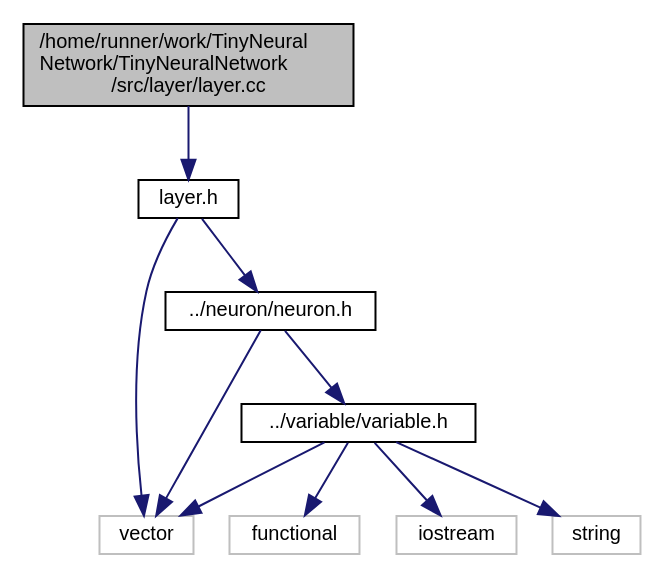
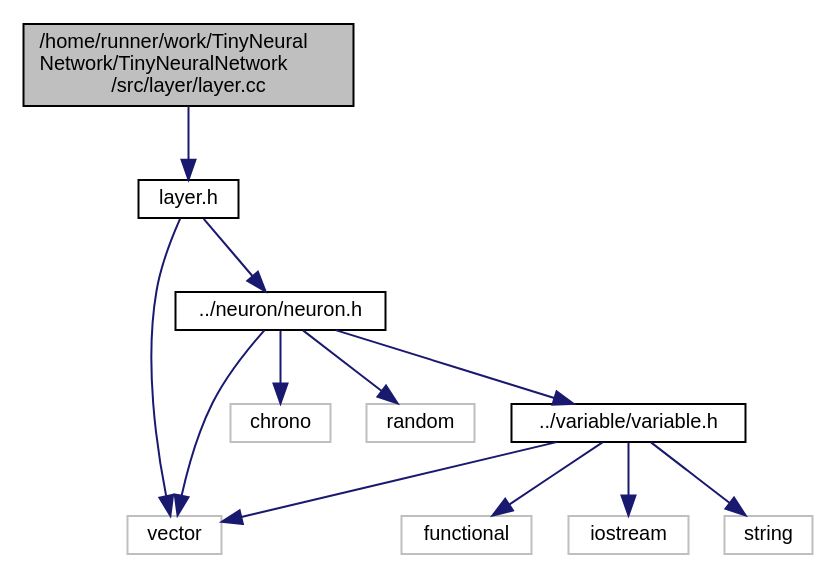
The diagram in layer_8cc__incl.dot (MaoSong2022/TinyNeuralNetwork), drawn with Graphviz before and after one commit. The commit also changed 93 other files, not shown here.

```diff
--- a/layer_8cc__incl.dot
+++ b/layer_8cc__incl.dot
@@ -1,23 +1,27 @@
 digraph "/home/runner/work/TinyNeuralNetwork/TinyNeuralNetwork/src/layer/layer.cc"
 {
  // LATEX_PDF_SIZE
   edge [fontname="Helvetica",fontsize="10",labelfontname="Helvetica",labelfontsize="10"];
   node [fontname="Helvetica",fontsize="10",shape=record];
   Node1 [label="/home/runner/work/TinyNeural\lNetwork/TinyNeuralNetwork\l/src/layer/layer.cc",height=0.2,width=0.4,color="black", fillcolor="grey75", style="filled", fontcolor="black",tooltip=" "];
   Node1 -> Node2 [color="midnightblue",fontsize="10",style="solid",fontname="Helvetica"];
   Node2 [label="layer.h",height=0.2,width=0.4,color="black", fillcolor="white", style="filled",URL="$layer_8h.html",tooltip=" "];
   Node2 -> Node3 [color="midnightblue",fontsize="10",style="solid",fontname="Helvetica"];
   Node3 [label="vector",height=0.2,width=0.4,color="grey75", fillcolor="white", style="filled",tooltip=" "];
   Node2 -> Node4 [color="midnightblue",fontsize="10",style="solid",fontname="Helvetica"];
   Node4 [label="../neuron/neuron.h",height=0.2,width=0.4,color="black", fillcolor="white", style="filled",URL="$neuron_8h.html",tooltip=" "];
+  Node4 -> Node5 [color="midnightblue",fontsize="10",style="solid",fontname="Helvetica"];
+  Node5 [label="chrono",height=0.2,width=0.4,color="grey75", fillcolor="white", style="filled",tooltip=" "];
+  Node4 -> Node6 [color="midnightblue",fontsize="10",style="solid",fontname="Helvetica"];
+  Node6 [label="random",height=0.2,width=0.4,color="grey75", fillcolor="white", style="filled",tooltip=" "];
   Node4 -> Node3 [color="midnightblue",fontsize="10",style="solid",fontname="Helvetica"];
-  Node4 -> Node5 [color="midnightblue",fontsize="10",style="solid",fontname="Helvetica"];
-  Node5 [label="../variable/variable.h",height=0.2,width=0.4,color="black", fillcolor="white", style="filled",URL="$variable_8h.html",tooltip=" "];
-  Node5 -> Node6 [color="midnightblue",fontsize="10",style="solid",fontname="Helvetica"];
-  Node6 [label="functional",height=0.2,width=0.4,color="grey75", fillcolor="white", style="filled",tooltip=" "];
-  Node5 -> Node7 [color="midnightblue",fontsize="10",style="solid",fontname="Helvetica"];
-  Node7 [label="iostream",height=0.2,width=0.4,color="grey75", fillcolor="white", style="filled",tooltip=" "];
-  Node5 -> Node8 [color="midnightblue",fontsize="10",style="solid",fontname="Helvetica"];
-  Node8 [label="string",height=0.2,width=0.4,color="grey75", fillcolor="white", style="filled",tooltip=" "];
-  Node5 -> Node3 [color="midnightblue",fontsize="10",style="solid",fontname="Helvetica"];
+  Node4 -> Node7 [color="midnightblue",fontsize="10",style="solid",fontname="Helvetica"];
+  Node7 [label="../variable/variable.h",height=0.2,width=0.4,color="black", fillcolor="white", style="filled",URL="$variable_8h.html",tooltip=" "];
+  Node7 -> Node8 [color="midnightblue",fontsize="10",style="solid",fontname="Helvetica"];
+  Node8 [label="functional",height=0.2,width=0.4,color="grey75", fillcolor="white", style="filled",tooltip=" "];
+  Node7 -> Node9 [color="midnightblue",fontsize="10",style="solid",fontname="Helvetica"];
+  Node9 [label="iostream",height=0.2,width=0.4,color="grey75", fillcolor="white", style="filled",tooltip=" "];
+  Node7 -> Node10 [color="midnightblue",fontsize="10",style="solid",fontname="Helvetica"];
+  Node10 [label="string",height=0.2,width=0.4,color="grey75", fillcolor="white", style="filled",tooltip=" "];
+  Node7 -> Node3 [color="midnightblue",fontsize="10",style="solid",fontname="Helvetica"];
 }
```
